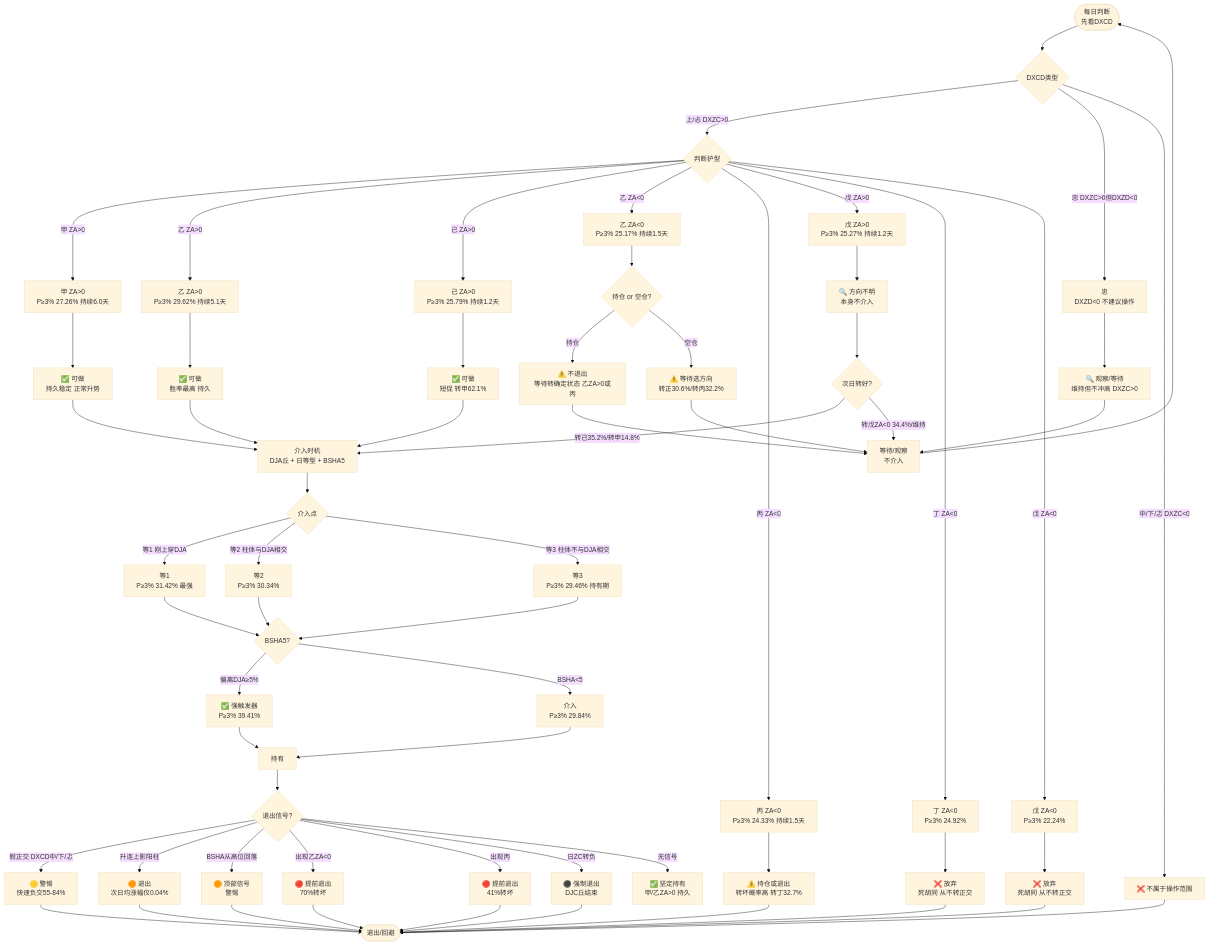
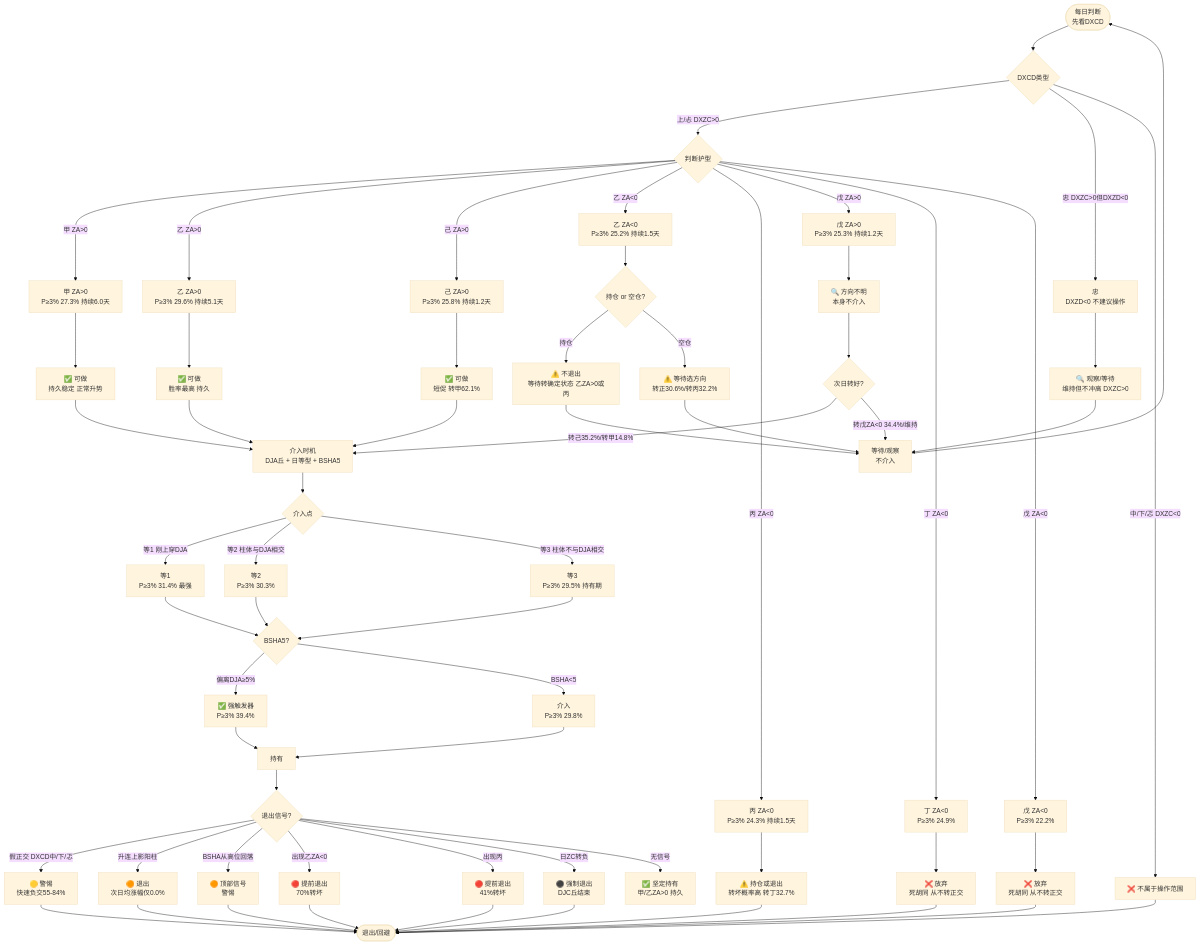
The diagram in _主文档/MC3.3.5_甲乙己日等型交叉分析报告.md (sharkeyang/claude-VSzhaoming), drawn with Mermaid (base theme) before and after one commit. The commit also changed other lines of this file and 3 other files, not shown here.

```diff
--- a/_主文档/MC3.3.5_甲乙己日等型交叉分析报告.md
+++ b/_主文档/MC3.3.5_甲乙己日等型交叉分析报告.md
@@ -2369,20 +2377,20 @@
     OUT --> EXIT
 
     %% ===== 可做护型 =====
-    Q1 -->|甲 ZA>0| A[甲 ZA>0<br>P≥3% 27.26% 持续6.0天]
+    Q1 -->|甲 ZA>0| A[甲 ZA>0<br>P≥3% 27.3% 持续6.0天]
     A --> A1[✅ 可做<br>持久稳定 正常升势]
     A1 --> TIMING
 
-    Q1 -->|乙 ZA>0| B[乙 ZA>0<br>P≥3% 29.62% 持续5.1天]
+    Q1 -->|乙 ZA>0| B[乙 ZA>0<br>P≥3% 29.6% 持续5.1天]
     B --> B1[✅ 可做<br>胜率最高 持久]
     B1 --> TIMING
 
-    Q1 -->|己 ZA>0| C[己 ZA>0<br>P≥3% 25.79% 持续1.2天]
+    Q1 -->|己 ZA>0| C[己 ZA>0<br>P≥3% 25.8% 持续1.2天]
     C --> C1[✅ 可做<br>短促 转甲62.1%]
     C1 --> TIMING
 
     %% ===== 交叉路口 =====
-    Q1 -->|乙 ZA<0| D[乙 ZA<0<br>P≥3% 25.17% 持续1.5天]
+    Q1 -->|乙 ZA<0| D[乙 ZA<0<br>P≥3% 25.2% 持续1.5天]
     D --> D1{持仓 or 空仓?}
     D1 -->|持仓| D2[⚠️ 不退出<br>等待转确定状态 乙ZA>0或丙]
     D1 -->|空仓| D3[⚠️ 等待选方向<br>转正30.6%/转丙32.2%]
@@ -2390,36 +2398,36 @@
     D3 --> WAIT
 
     %% ===== 持仓或退出 =====
-    Q1 -->|丙 ZA<0| E[丙 ZA<0<br>P≥3% 24.33% 持续1.5天]
+    Q1 -->|丙 ZA<0| E[丙 ZA<0<br>P≥3% 24.3% 持续1.5天]
     E --> E1[⚠️ 持仓或退出<br>转坏概率高 转丁32.7%]
     E1 --> EXIT
 
     %% ===== 方向不明 =====
-    Q1 -->|戊 ZA>0| F[戊 ZA>0<br>P≥3% 25.27% 持续1.2天]
+    Q1 -->|戊 ZA>0| F[戊 ZA>0<br>P≥3% 25.3% 持续1.2天]
     F --> F1[🔍 方向不明<br>本身不介入]
     F1 --> F2{次日转好?}
     F2 -->|转己35.2%/转甲14.8%| TIMING
     F2 -->|转戊ZA<0 34.4%/维持| WAIT
 
     %% ===== 放弃 =====
-    Q1 -->|丁 ZA<0| G[丁 ZA<0<br>P≥3% 24.92%]
+    Q1 -->|丁 ZA<0| G[丁 ZA<0<br>P≥3% 24.9%]
     G --> G1[❌ 放弃<br>死胡同 从不转正交]
     G1 --> EXIT
 
-    Q1 -->|戊 ZA<0| H[戊 ZA<0<br>P≥3% 22.24%]
+    Q1 -->|戊 ZA<0| H[戊 ZA<0<br>P≥3% 22.2%]
     H --> H1[❌ 放弃<br>死胡同 从不转正交]
     H1 --> EXIT
 
     %% ===== 介入时机 =====
     TIMING[介入时机<br>DJA丘 + 日等型 + BSHA5] --> T1{介入点}
-    T1 -->|等1 刚上穿DJA| T2[等1<br>P≥3% 31.42% 最强]
-    T1 -->|等2 柱体与DJA相交| T3[等2<br>P≥3% 30.34%]
-    T1 -->|等3 柱体不与DJA相交| T4[等3<br>P≥3% 29.46% 持有期]
+    T1 -->|等1 刚上穿DJA| T2[等1<br>P≥3% 31.4% 最强]
+    T1 -->|等2 柱体与DJA相交| T3[等2<br>P≥3% 30.3%]
+    T1 -->|等3 柱体不与DJA相交| T4[等3<br>P≥3% 29.5% 持有期]
     T2 --> T5{BSHA5?}
     T3 --> T5
     T4 --> T5
-    T5 -->|偏离DJA≥5%| T6[✅ 强触发器<br>P≥3% 39.41%]
-    T5 -->|BSHA<5| T7[介入<br>P≥3% 29.84%]
+    T5 -->|偏离DJA≥5%| T6[✅ 强触发器<br>P≥3% 39.4%]
+    T5 -->|BSHA<5| T7[介入<br>P≥3% 29.8%]
     T6 --> HOLD
     T7 --> HOLD
 
@@ -2428,7 +2436,7 @@
 
     %% ===== 退出信号 =====
     S1 -->|假正交 DXCD中/下/忑| X1[🟡 警惕<br>快速负交55-84%]
-    S1 -->|升连上影阳柱| X2[🟠 退出<br>次日均涨幅仅0.04%]
+    S1 -->|升连上影阳柱| X2[🟠 退出<br>次日均涨幅仅0.0%]
     S1 -->|BSHA从高位回落| X3[🟠 顶部信号<br>警惕]
     S1 -->|出现乙ZA<0| X4[🔴 提前退出<br>70%转坏]
     S1 -->|出现丙| X5[🔴 提前退出<br>41%转坏]
```
